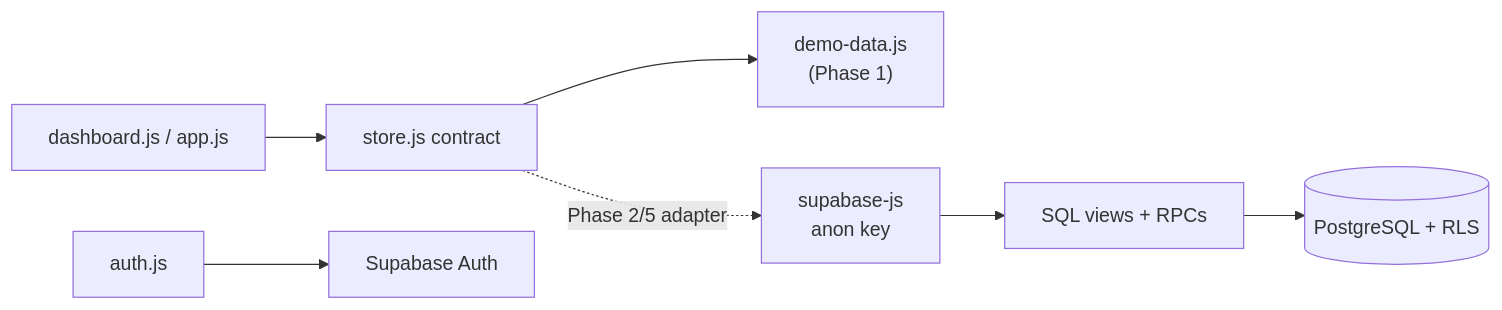
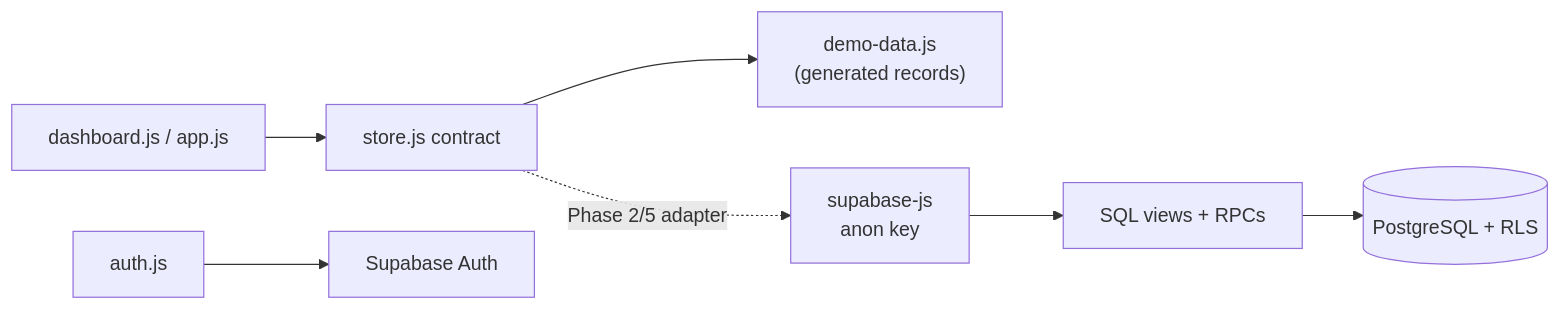
Before and after one commit to oemlyhour123/test01: the fifth of 5 diagrams in docs/ARCHITECTURE.md, drawn with Mermaid. The commit also changed other lines of this file and 29 other files, not shown here.

````diff
--- a/docs/ARCHITECTURE.md
+++ b/docs/ARCHITECTURE.md
@@ -339,9 +413,9 @@
 ```mermaid
 flowchart LR
   UI["dashboard.js / app.js"] --> Store["store.js contract"]
-  Store --> Demo["demo-data.js<br/>(Phase 1)"]
+  Store --> Demo["demo-data.js<br/>(generated records)"]
   Store -. "Phase 2/5 adapter" .-> Client["supabase-js<br/>anon key"]
   Client --> RPC["SQL views + RPCs"]
   RPC --> DB[("PostgreSQL + RLS")]
   Auth["auth.js"] --> SupabaseAuth["Supabase Auth"]
 ```
````
